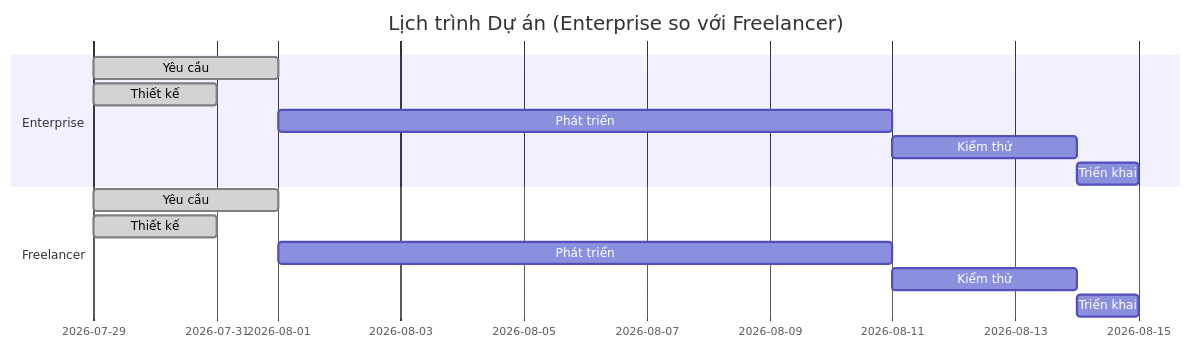
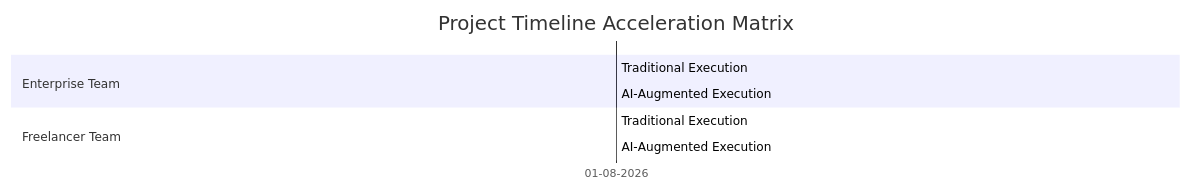
Before and after one commit to hainguyen81/ai-scraper: the second of 3 diagrams in sources/output/estimation/estimation.md, drawn with Mermaid. The commit also changed other lines of this file and 1 other file, not shown here.

````diff
--- a/sources/output/estimation/estimation.md
+++ b/sources/output/estimation/estimation.md
@@ -167,17 +111,14 @@
 ```mermaid
 gantt
-    title Lịch trình Dự án (Enterprise so với Freelancer)
+    title Project Timeline Acceleration Matrix
     dateFormat  YYYY-MM-DD
-    section Enterprise
-    Yêu cầu                :done, req, 2026-07-29, 3d
-    Thiết kế               :done, des, 2026-07-29, 2d
-    Phát triển            :dev, 2026-08-01, 10d
-    Kiểm thử                :test, 2026-08-11, 3d
-    Triển khai              :deploy, 2026-08-14, 1d
-    section Freelancer
-    Yêu cầu                :done, req, 2026-07-29, 3d
-    Thiết kế               :done, des, 2026-07-29, 2d
-    Phát triển            :dev, 2026-08-01, 10d
-    Kiểm thử                :test, 2026-08-11, 3d
-    Triển khai              :deploy, 2026-08-14, 1d
+    axisFormat %d-%m-%Y
+    
+    section Enterprise Team
+    Traditional Execution :ent_trad, 2026-08-01, 8
+    AI‑Augmented Execution :ent_ai, after ent_trad, 4
+    
+    section Freelancer Team
+    Traditional Execution :free_trad, 2026-08-01, 8.3
+    AI‑Augmented Execution :free_ai, after free_trad, 5
 ```
````
